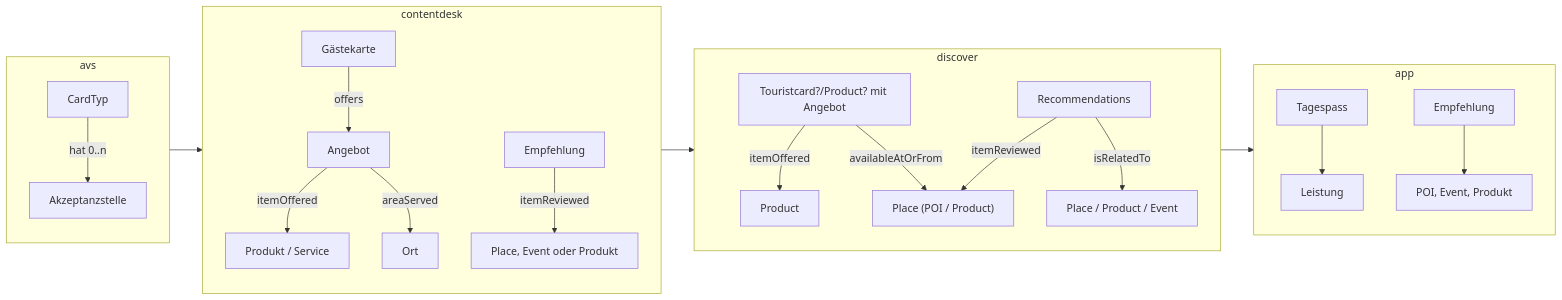
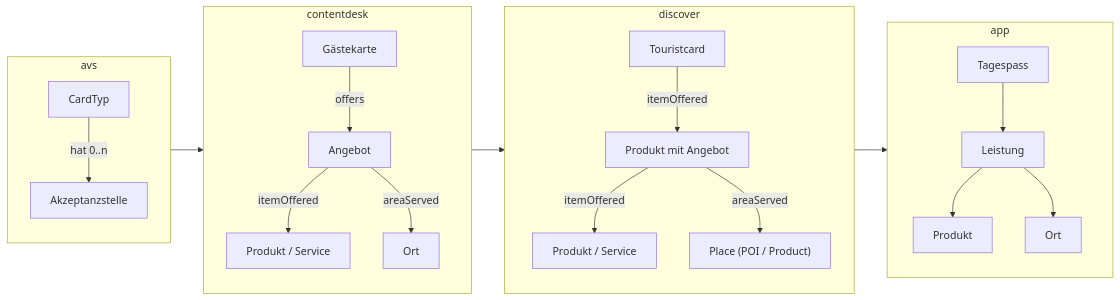
Before and after one commit to tsolenthaler/docs.contentdesk.io: the second of 7 diagrams in docs/projects/glarnerlandApp.md, drawn with Mermaid. The commit also changed other lines of this file, not shown here.

Commit message:
Refactor schema links and remove unnecessary Organization class

````diff
--- a/docs/projects/glarnerlandApp.md
+++ b/docs/projects/glarnerlandApp.md
@@ -48,31 +48,29 @@
 ``` mermaid
 graph LR
     subgraph avs
         direction TB
         CardTyp --> | hat 0..n| Akzeptanzstelle
     end
     subgraph contentdesk
         direction TB
         Gaestekarte["Gästekarte"] --> |offers| Angebot
         Angebot --> |itemOffered| Angebot2["Produkt / Service"]
-        Empfehlung --> |itemReviewed| item["Place, Event oder Produkt"]
         Angebot --> |areaServed| Ort
     end
     subgraph discover
         direction TB
-        Touristcard["Touristcard?/Product? mit Angebot"] -->|itemOffered| Product
-        Touristcard -->|availableAtOrFrom|Place
-        Recommendations -->|itemReviewed|Place["Place (POI / Product)"]
-        Recommendations -->|isRelatedTo|Place2["Place / Product / Event"]
+        Touristcard["Touristcard"] -->|itemOffered| Offer["Produkt mit Angebot"]
+        Offer -->|itemOffered| Product["Produkt / Service"]
+        Offer -->|areaServed| Place["Place (POI / Product)"]
     end
     subgraph app
         direction TB
         Tagespass --> Leistung
-        EmpfehlungApp["Empfehlung"]
-        EmpfehlungApp --> ItemApp["POI, Event, Produkt"]
+        Leistung --> ProduktApp["Produkt"]
+        Leistung --> OrtApp["Ort"]
     end
 
     avs --> contentdesk
     contentdesk --> discover
     discover --> app
 ```
````
